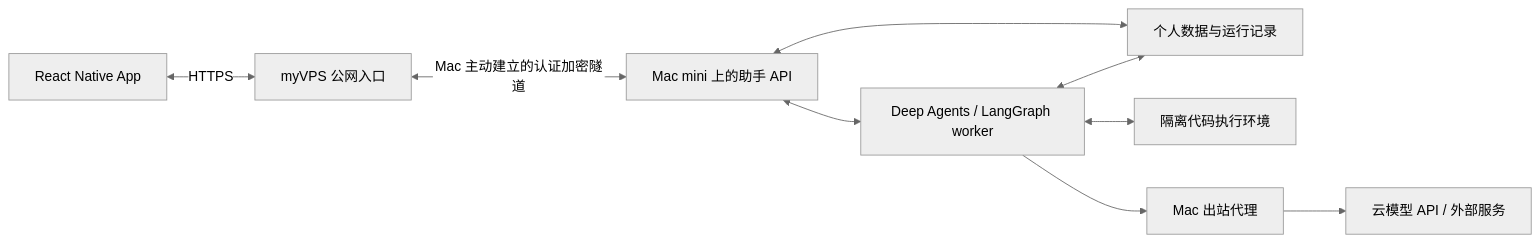
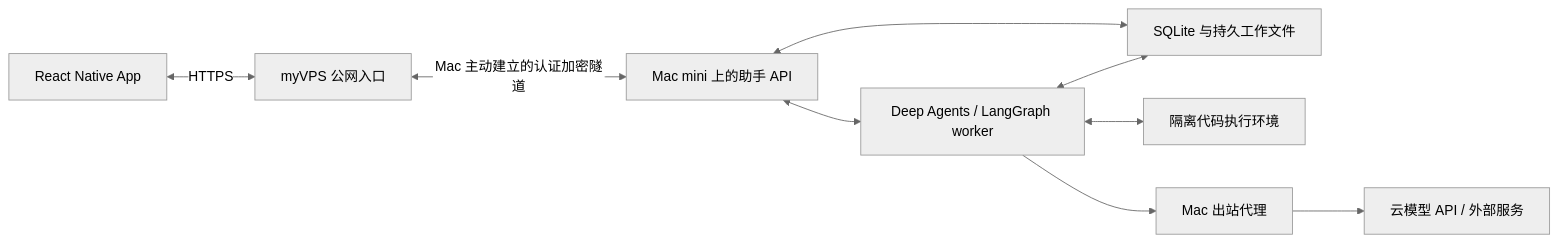
One commit to rgywd/zhixing-next changed the first of 2 diagrams in docs/ARCHITECTURE.md. Above: the diagram before and after it, drawn with Mermaid (neutral theme). The commit also changed other lines of this file and 1 other file, not shown here.

Commit message:
docs: define SQLite backend and durable task execution

````diff
--- a/docs/ARCHITECTURE.md
+++ b/docs/ARCHITECTURE.md
@@ -37,11 +39,11 @@
 ```mermaid
 flowchart LR
   App[React Native App] <-->|HTTPS| VPS[myVPS 公网入口]
   VPS <-->|Mac 主动建立的认证加密隧道| API[Mac mini 上的助手 API]
   API <--> Worker[Deep Agents / LangGraph worker]
-  API <--> Data[个人数据与运行记录]
+  API <--> Data[SQLite 与持久工作文件]
   Worker <--> Data
   Worker <--> Sandbox[隔离代码执行环境]
   Worker --> Proxy[Mac 出站代理]
   Proxy --> Cloud[云模型 API / 外部服务]
 ```
````
